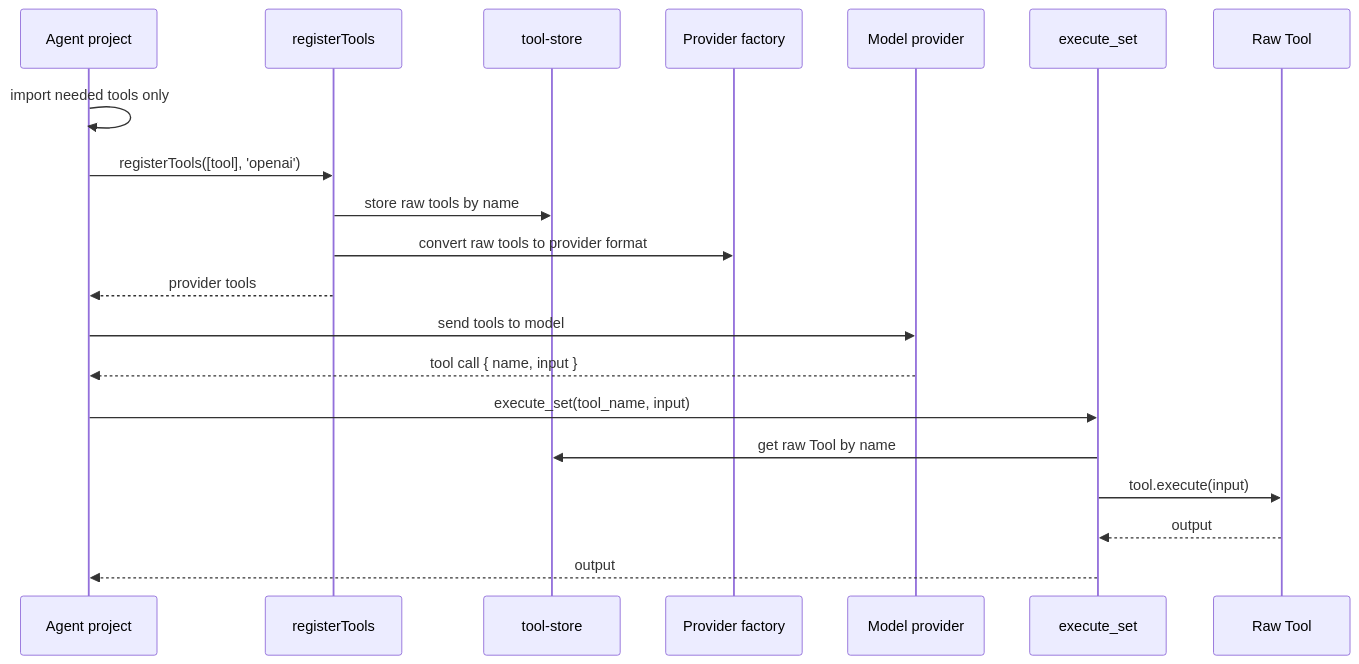
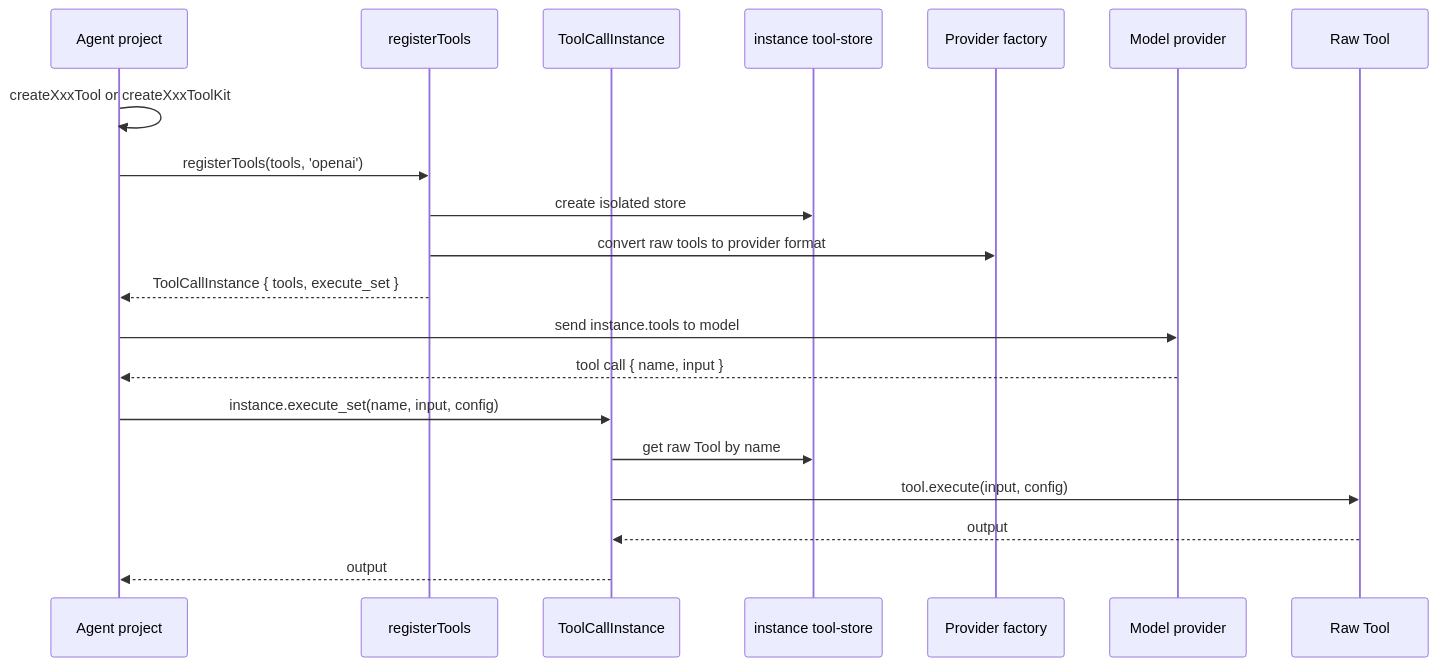
Before and after one commit to Sheldon-MMMP/agent-kit-toolcalls: the diagram in docs/architecture.md, drawn with Mermaid. The commit also changed other lines of this file and 12 other files, not shown here.

````diff
--- a/docs/architecture.md
+++ b/docs/architecture.md
@@ -22,23 +22,23 @@
 ```mermaid
 sequenceDiagram
     participant App as Agent project
     participant Register as registerTools
-    participant Store as tool-store
+    participant Instance as ToolCallInstance
+    participant Store as instance tool-store
     participant Factory as Provider factory
     participant Provider as Model provider
-    participant Execute as execute_set
     participant Tool as Raw Tool
 
-    App->>App: import needed tools only
-    App->>Register: registerTools([tool], 'openai')
-    Register->>Store: store raw tools by name
+    App->>App: createXxxTool or createXxxToolKit
+    App->>Register: registerTools(tools, 'openai')
+    Register->>Store: create isolated store
     Register->>Factory: convert raw tools to provider format
-    Register-->>App: provider tools
-    App->>Provider: send tools to model
+    Register-->>App: ToolCallInstance { tools, execute_set }
+    App->>Provider: send instance.tools to model
     Provider-->>App: tool call { name, input }
-    App->>Execute: execute_set(tool_name, input)
-    Execute->>Store: get raw Tool by name
-    Execute->>Tool: tool.execute(input)
-    Tool-->>Execute: output
-    Execute-->>App: output
+    App->>Instance: instance.execute_set(name, input, config)
+    Instance->>Store: get raw Tool by name
+    Instance->>Tool: tool.execute(input, config)
+    Tool-->>Instance: output
+    Instance-->>App: output
 ```
````
